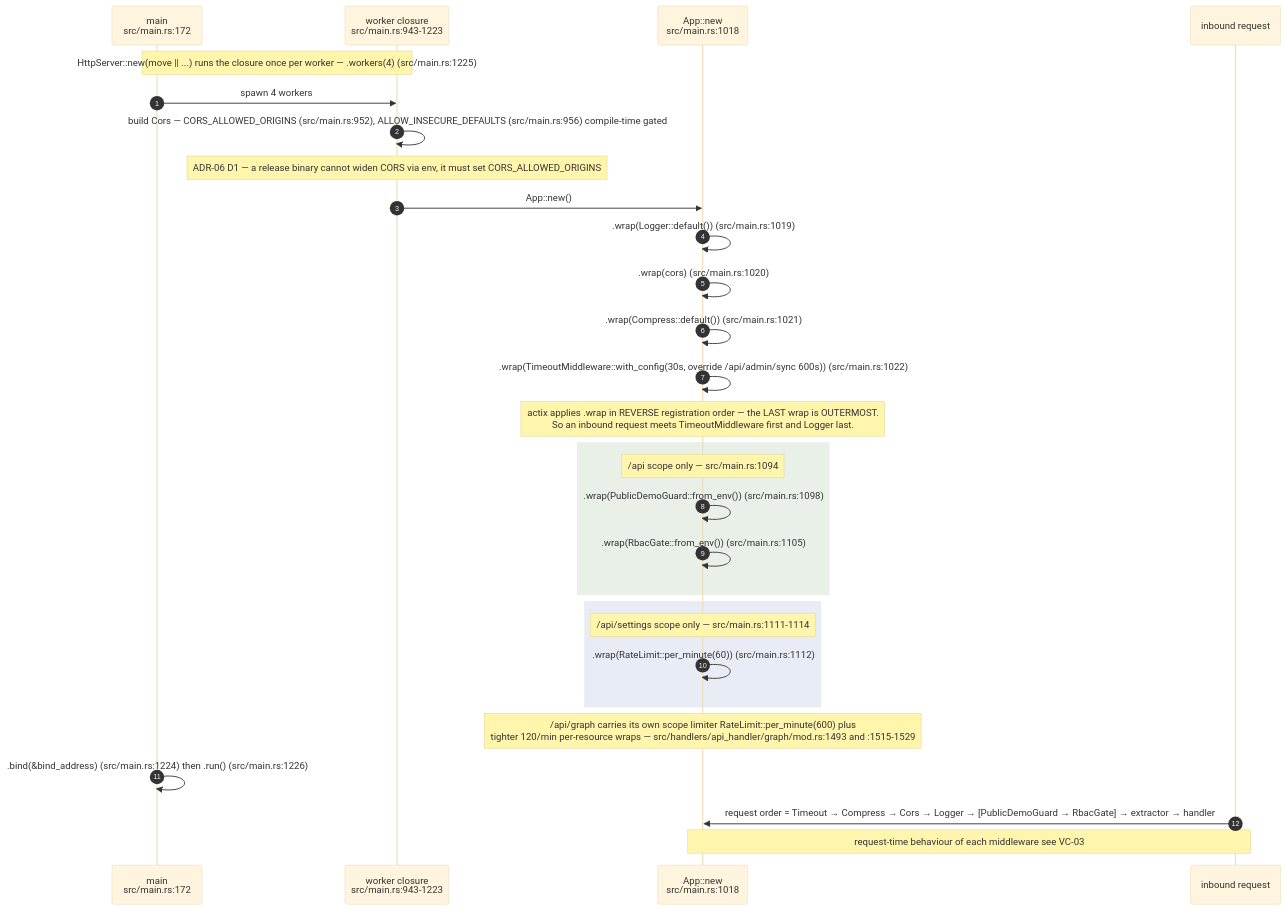
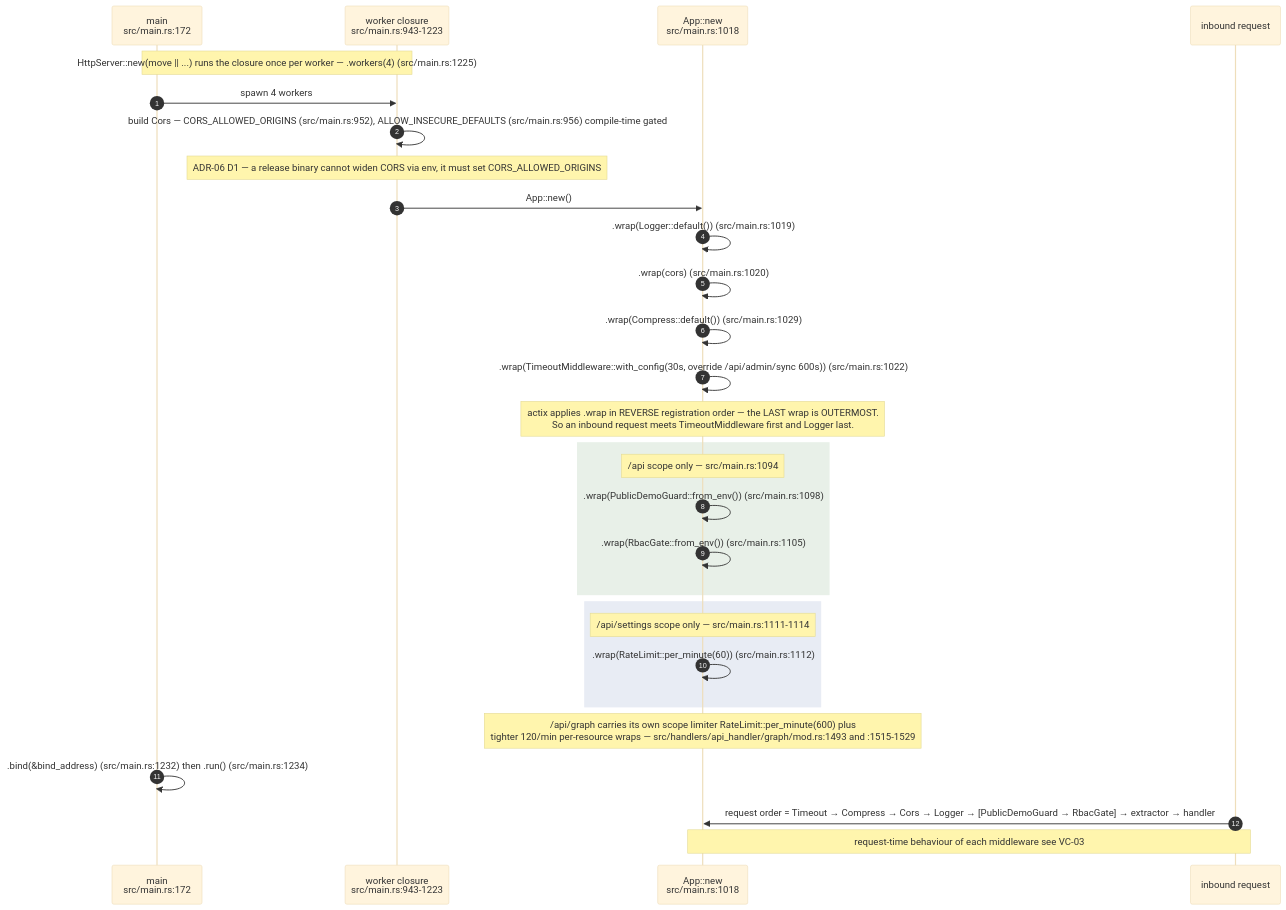
One commit to DreamLab-AI/VisionFlow changed the third of 13 diagrams in docs/diagrams/visionclaw/01-boot-and-app-state.md. Above: the diagram before and after it, drawn with Mermaid (base theme). The commit also changed other lines of this file and 111 other files, not shown here.

Commit message:
docs(diagrams): align estate maps with current source

````diff
--- a/docs/diagrams/visionclaw/01-boot-and-app-state.md
+++ b/docs/diagrams/visionclaw/01-boot-and-app-state.md
@@ -166,32 +166,32 @@
 ```mermaid
 sequenceDiagram
     autonumber
     participant M as main<br/>src/main.rs:172
     participant W as worker closure<br/>src/main.rs:943-1223
     participant A as App::new<br/>src/main.rs:1018
     participant REQ as inbound request
 
     Note over M,W: HttpServer::new(move || ...) runs the closure once per worker — .workers(4) (src/main.rs:1225)
     M->>W: spawn 4 workers
     W->>W: build Cors — CORS_ALLOWED_ORIGINS (src/main.rs:952), ALLOW_INSECURE_DEFAULTS (src/main.rs:956) compile-time gated
     Note over W: ADR-06 D1 — a release binary cannot widen CORS via env, it must set CORS_ALLOWED_ORIGINS
     W->>A: App::new()
     A->>A: .wrap(Logger::default()) (src/main.rs:1019)
     A->>A: .wrap(cors) (src/main.rs:1020)
-    A->>A: .wrap(Compress::default()) (src/main.rs:1021)
+    A->>A: .wrap(Compress::default()) (src/main.rs:1029)
     A->>A: .wrap(TimeoutMiddleware::with_config(30s, override /api/admin/sync 600s)) (src/main.rs:1022)
     Note over A: actix applies .wrap in REVERSE registration order — the LAST wrap is OUTERMOST.<br/>So an inbound request meets TimeoutMiddleware first and Logger last.
     rect rgb(232,240,232)
     Note over A: /api scope only — src/main.rs:1094
     A->>A: .wrap(PublicDemoGuard::from_env()) (src/main.rs:1098)
     A->>A: .wrap(RbacGate::from_env()) (src/main.rs:1105)
     end
     rect rgb(232,236,244)
     Note over A: /api/settings scope only — src/main.rs:1111-1114
     A->>A: .wrap(RateLimit::per_minute(60)) (src/main.rs:1112)
     end
     Note over A: /api/graph carries its own scope limiter RateLimit::per_minute(600) plus<br/>tighter 120/min per-resource wraps — src/handlers/api_handler/graph/mod.rs:1493 and :1515-1529
-    M->>M: .bind(&bind_address) (src/main.rs:1224) then .run() (src/main.rs:1226)
+    M->>M: .bind(&bind_address) (src/main.rs:1232) then .run() (src/main.rs:1234)
     REQ->>A: request order = Timeout → Compress → Cors → Logger → [PublicDemoGuard → RbacGate] → extractor → handler
     Note over REQ,A: request-time behaviour of each middleware see VC-03
 ```
````
